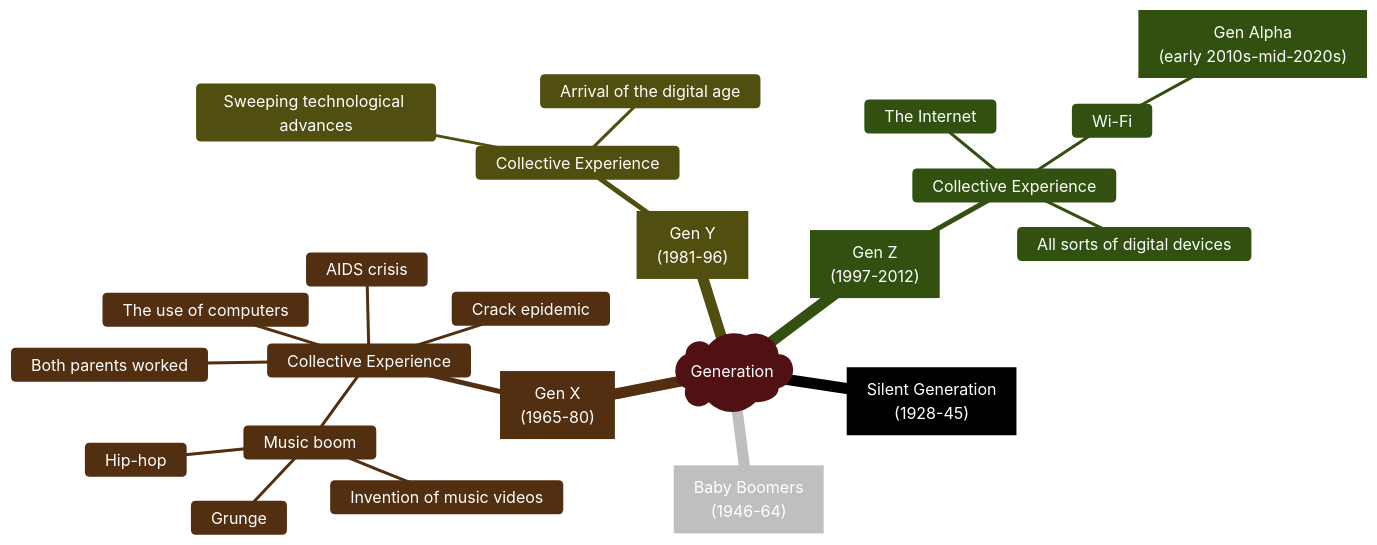
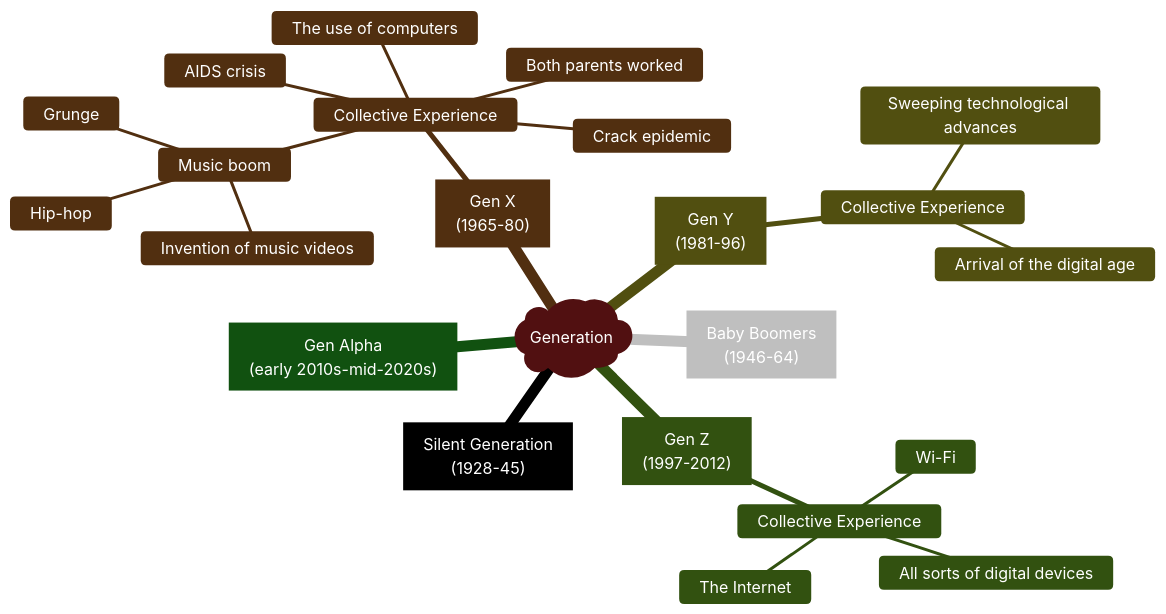
Before and after one commit to Charlie929-dot/charlie_vault: the diagram in 英语第一次作业.md, drawn with Mermaid. The commit also changed 1 other file, not shown here.

Commit message:
vault backup: 2026-03-04 16:46:32

````diff
--- a/英语第一次作业.md
+++ b/英语第一次作业.md
@@ -3,38 +3,38 @@
 ```mermaid
 ---
 config:
   theme: 'base'
   themeVariables:
     primaryColor: '#BB2528'
     primaryTextColor: '#fff'
     primaryBorderColor: '#7C0000'
     lineColor: '#F8B229'
     secondaryColor: '#006100'
     tertiaryColor: '#fff'
   layout: 'cose-bilkent'
 ---
 			mindmap
 				  root)Generation(
 				    Gen["`Silent Generation<br/>(1928-45)`"]
 				    Gen["`Baby Boomers<br/>(1946-64)`"]
 				    Gen["`Gen X<br/>(1965-80)`"]
 				      Collective Experience
 				        The use of computers
 				        Both parents worked
 				        Crack epidemic
 				        AIDS crisis
 				        Music boom
 				          Invention of music videos
 				          Hip-hop
 				          Grunge
 				    Gen["`Gen Y<br/>(1981-96)`"]
 				      Collective Experience
 				        Sweeping technological advances
 				        Arrival of the digital age
 				    Gen["`Gen Z<br/>(1997-2012)`"]
 				      Collective Experience
 				        All sorts of digital devices
 				        The Internet
 				        Wi-Fi
-                    Gen["`Gen Alpha<br/>(early 2010s-mid-2020s)`"]
+				    Gen["`Gen Alpha<br/>(early 2010s-mid-2020s)`"]
 ```
````
